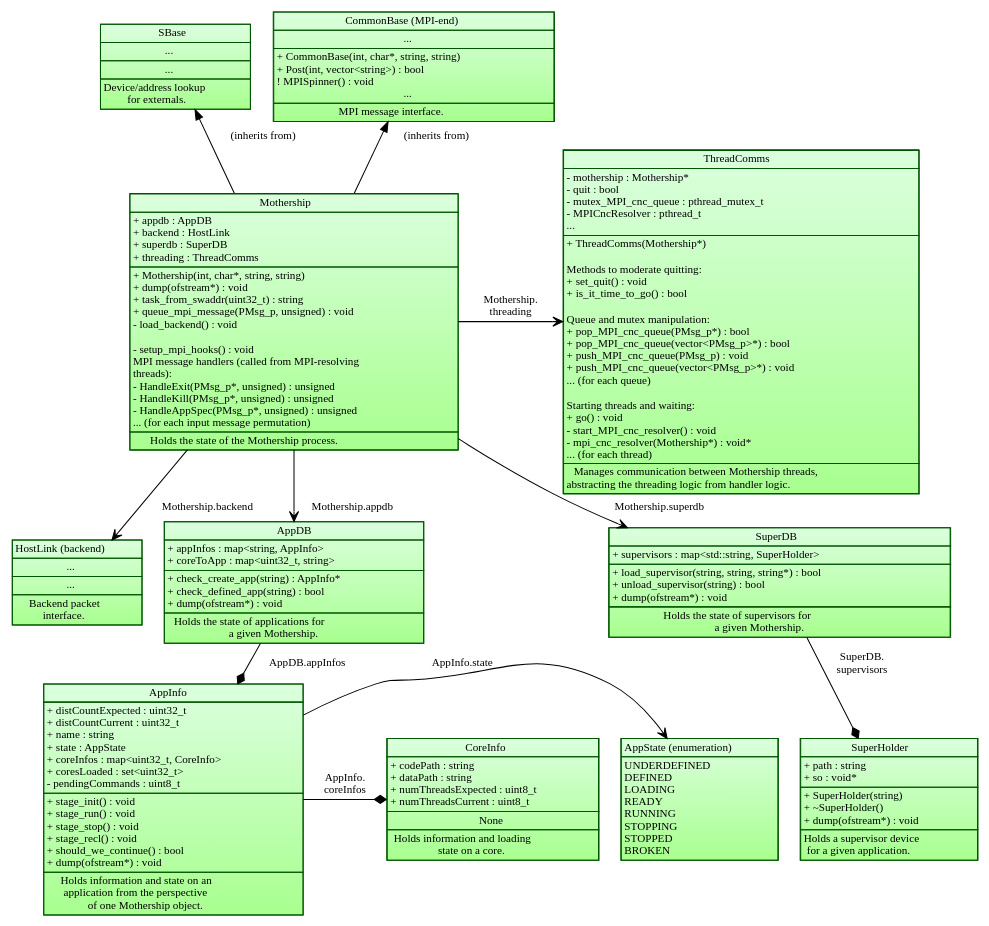
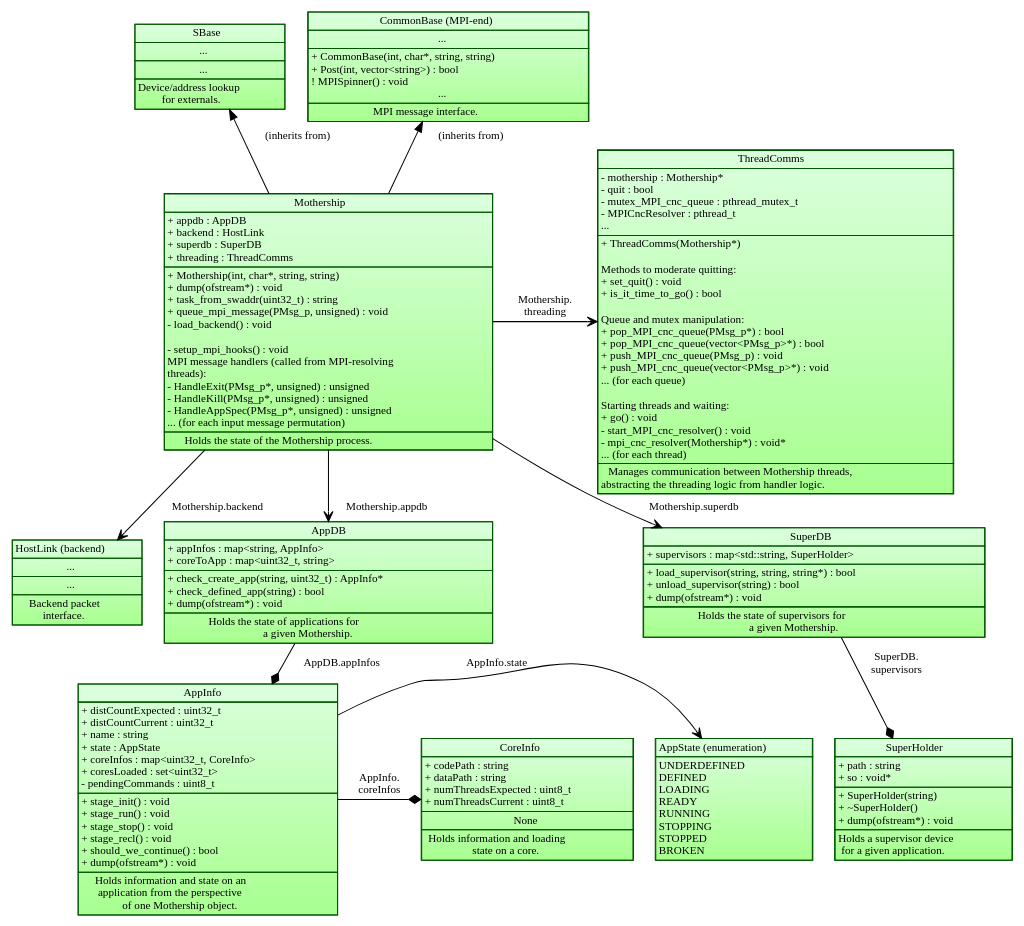
The diagram in images/source/mothership_data_structure.dot (POETSII/orchestrator-documentation), drawn with Graphviz before and after one commit.

Commit message:
Change check_create_app signature.

```diff
--- a/images/source/mothership_data_structure.dot
+++ b/images/source/mothership_data_structure.dot
@@ -77,7 +77,7 @@
 + coreToApp : map&lt;uint32_t, string&gt;<BR ALIGN="LEFT"/>
 </TD></TR>
 <TR><TD ALIGN="LEFT">
-+ check_create_app(string) : AppInfo*<BR ALIGN="LEFT"/>
++ check_create_app(string, uint32_t) : AppInfo*<BR ALIGN="LEFT"/>
 + check_defined_app(string) : bool<BR ALIGN="LEFT"/>
 + dump(ofstream*) : void<BR ALIGN="LEFT"/>
 </TD></TR>
```
